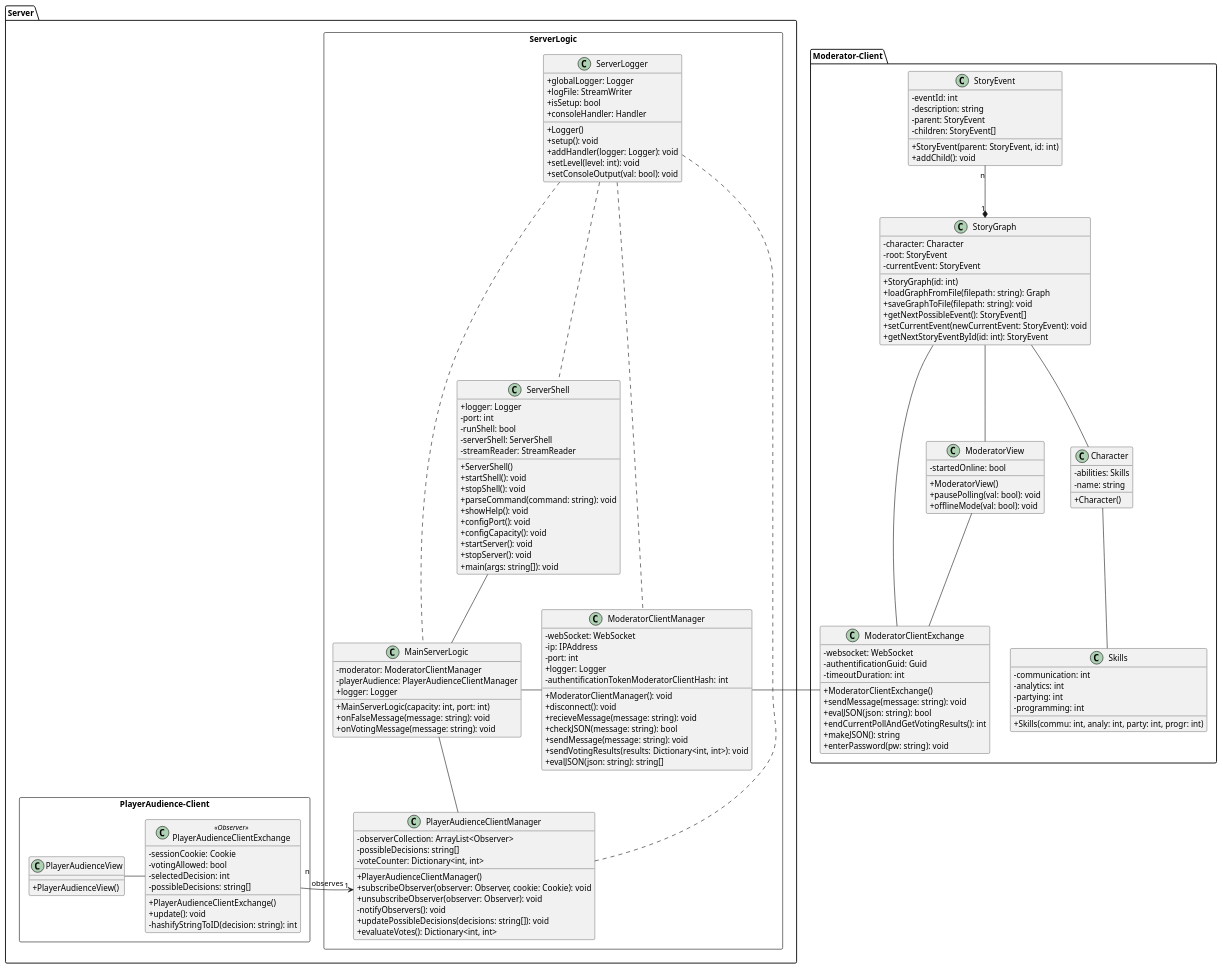
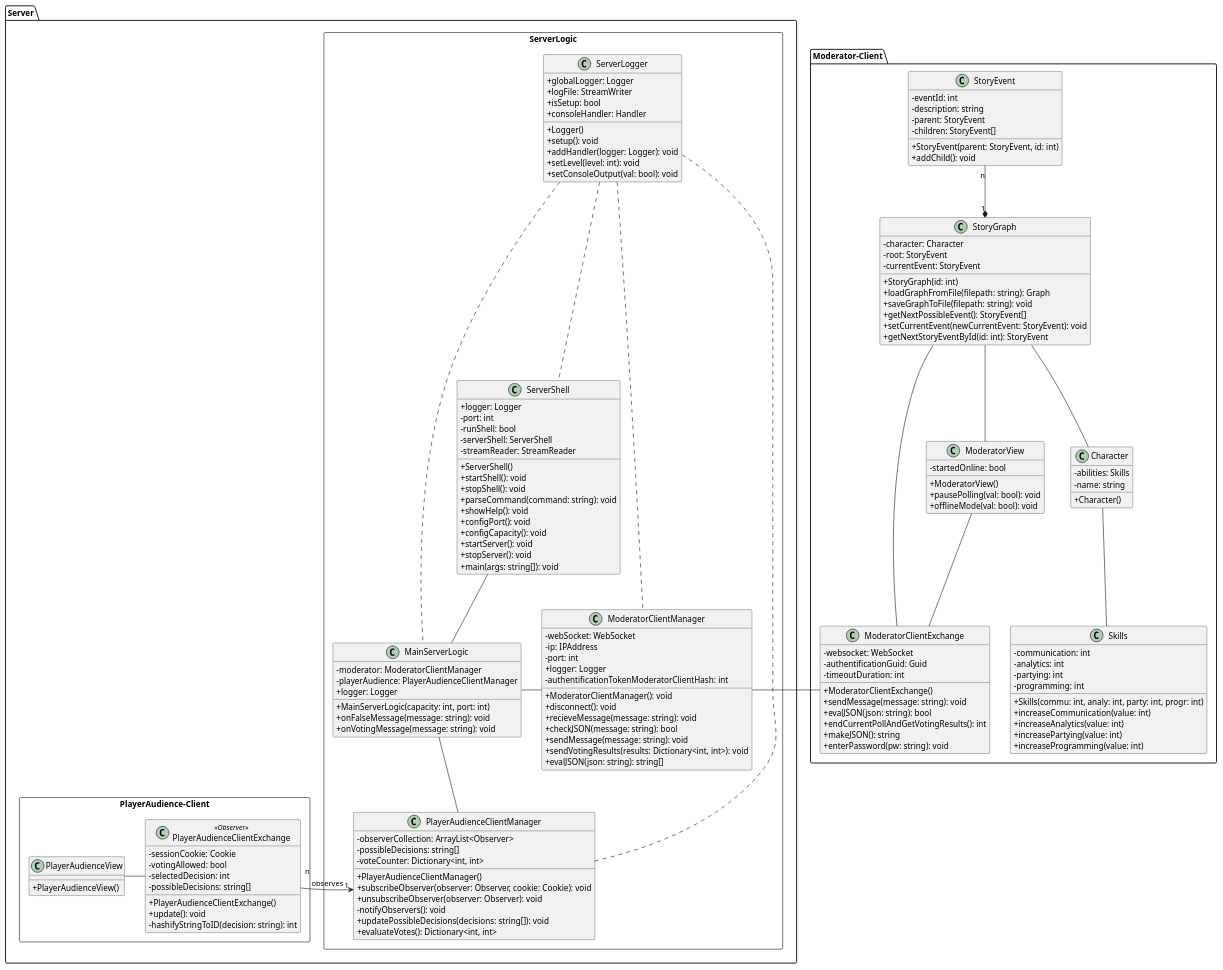
One commit to Brotenko/QualityQuest changed the diagram in Docs/Technical Specifications/docs/diagrams/ClassDiagrams/ClassDiagram.puml. Above: the diagram before and after it, drawn with PlantUML. The commit also changed 5 other files, not shown here.

```diff
--- a/Docs/Technical Specifications/docs/diagrams/ClassDiagrams/ClassDiagram.puml
+++ b/Docs/Technical Specifications/docs/diagrams/ClassDiagrams/ClassDiagram.puml
@@ -1,169 +1,173 @@
 @startuml
 
 skinparam classAttributeIconSize 0
 
 package "Moderator-Client" {
 
   class StoryEvent {
     {field} -eventId: int
     {field} -description: string
     {field} -parent: StoryEvent
     {field} -children: StoryEvent[]
     {method} +StoryEvent(parent: StoryEvent, id: int)
     {method} +addChild(): void
   }
 
   class StoryGraph {
     {field} -character: Character
     {field} -root: StoryEvent
     {field} -currentEvent: StoryEvent
     {method} +StoryGraph(id: int)
     {method} +loadGraphFromFile(filepath: string): Graph
     {method} +saveGraphToFile(filepath: string): void
     {method} +getNextPossibleEvent(): StoryEvent[]
     {method} +setCurrentEvent(newCurrentEvent: StoryEvent): void
     {method} +getNextStoryEventById(id: int): StoryEvent
   }
 
   class "ModeratorView" as mf {
     {field} -startedOnline: bool
     {method} +ModeratorView()
     {method} +pausePolling(val: bool): void
     {method} +offlineMode(val: bool): void
   }
 
   class "ModeratorClientExchange" as mcei{
     {field} -websocket: WebSocket
     {field} -authentificationGuid: Guid
     {field} -timeoutDuration: int
     {method} +ModeratorClientExchange()
     {method} +sendMessage(message: string): void
     {method} +evalJSON(json: string): bool
     {method} +endCurrentPollAndGetVotingResults(): int
     {method} +makeJSON(): string
     {method} +enterPassword(pw: string): void
   }
 
   class Skills {
     {field} -communication: int
     {field} -analytics: int
     {field} -partying: int
     {field} -programming: int
     {method} + Skills(commu: int, analy: int, party: int, progr: int)
+    {method} + increaseCommunication(value: int)
+    {method} + increaseAnalytics(value: int)
+    {method} + increasePartying(value: int)
+    {method} + increaseProgramming(value: int)
   }
 
   class Character {
     {field} -abilities: Skills
     {field} -name: string
     {method} +Character()
   }
   
   StoryEvent "n" --* "1" StoryGraph
   StoryGraph -- mf
   StoryGraph -- Character
   Character -- Skills
   mf -- mcei
   StoryGraph --- mcei
 }
 
 package "Server" {
    
 
   package "ServerLogic" <<Rectangle>>{
     class "ServerShell" as ss {
       {field} +logger: Logger
       {field} -port: int
       {field} -runShell: bool
       {field} -serverShell: ServerShell
       {field} -streamReader: StreamReader
       {method} +ServerShell()
       {method} +startShell(): void
       {method} +stopShell(): void
       {method} +parseCommand(command: string): void
       {method} +showHelp(): void
       {method} +configPort(): void
       {method} +configCapacity(): void
       {method} +startServer(): void
       {method} +stopServer(): void
       {method} +main(args: string[]): void
     }
 
     class "ModeratorClientManager" as cm {
       {field} -webSocket: WebSocket
       {field} -ip: IPAddress
       {field} -port: int
       {field} +logger: Logger
       {field} -authentificationTokenModeratorClientHash: int
       {method} +ModeratorClientManager(): void
       {method} +disconnect(): void
       {method} +recieveMessage(message: string): void
       {method} +checkJSON(message: string): bool
       {method} +sendMessage(message: string): void
       {method} +sendVotingResults(results: Dictionary<int, int>): void
       {method} +evalJSON(json: string): string[]
 
     }    
 
     class "MainServerLogic" as msl {
       {field} -moderator: ModeratorClientManager
       {field} -playerAudience: PlayerAudienceClientManager
       {field} +logger: Logger
       {method} +MainServerLogic(capacity: int, port: int)
       {method} +onFalseMessage(message: string): void
       {method} +onVotingMessage(message: string): void
 
     }
 
     class "PlayerAudienceClientManager" as api {
         {field} -observerCollection: ArrayList<Observer>
         {field} -possibleDecisions: string[]
         {field} -voteCounter: Dictionary<int, int>
         {method} +PlayerAudienceClientManager()
         {method} +subscribeObserver(observer: Observer, cookie: Cookie): void
         {method} +unsubscribeObserver(observer: Observer): void
         {method} -notifyObservers(): void
         {method} +updatePossibleDecisions(decisions: string[]): void
         {method} +evaluateVotes(): Dictionary<int, int>
   }
 
     class "ServerLogger" as sl {
       {field} +globalLogger: Logger
       {field} +logFile: StreamWriter
       {field} +isSetup: bool
       {field} +consoleHandler: Handler
       {method} +Logger()
       {method} +setup(): void
       {method} +addHandler(logger: Logger): void
       {method} +setLevel(level: int): void
       {method} +setConsoleOutput(val: bool): void
     }
   }
   package "PlayerAudience-Client" <<Rectangle>>{  
     class "PlayerAudienceClientExchange" as pace <<Observer>>{
       {field} -sessionCookie: Cookie
       {field} -votingAllowed: bool
       {field} -selectedDecision: int
       {field} -possibleDecisions: string[]
       {method} +PlayerAudienceClientExchange()
       {method} +update(): void
       {method} -hashifyStringToID(decision: string): int
     }
 
     class "PlayerAudienceView" as pav {
       {method} +PlayerAudienceView()
     }
   }
   ss -- msl
   msl - cm
   msl -down- api
   sl ... cm
   sl ... msl
   sl ... api
   sl ... ss
   pace -left- pav
   api "1" <-right- "n" pace : observes
 }
 
 mcei -right- cm
 
 @enduml
```
